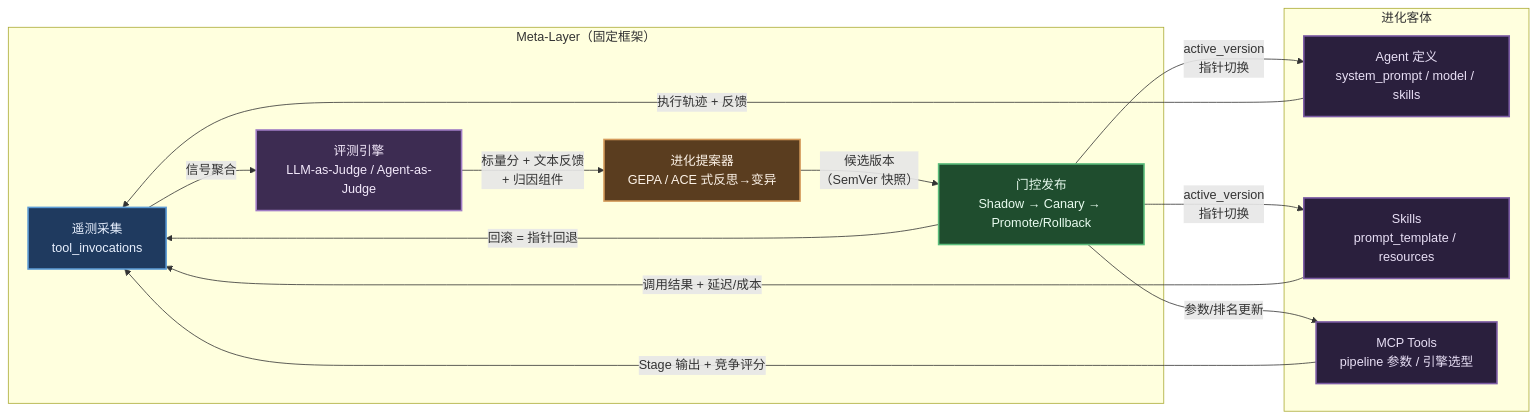
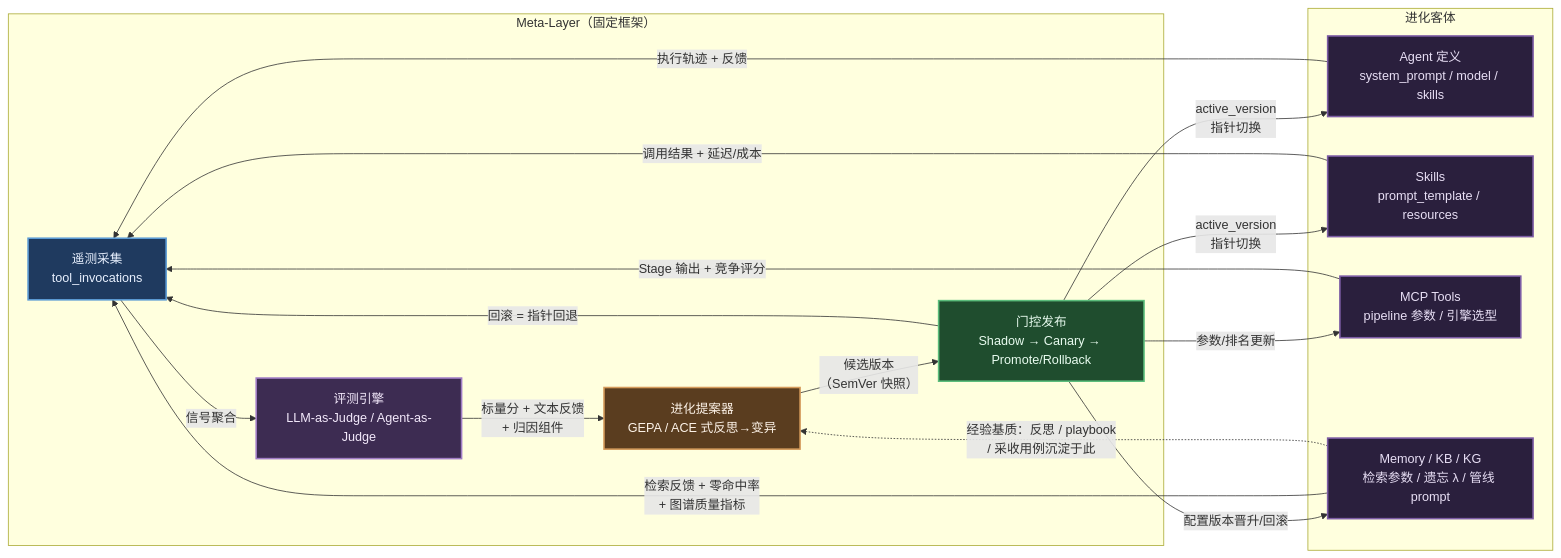
Before and after one commit to ThreeFish-AI/negentropy: the first of 2 diagrams in docs/research/130-self-evolving-agents-team.md, drawn with Mermaid. The commit also changed other lines of this file and 2 other files, not shown here.

First line of the commit message:
docs(SelfEvolving): 调研与方案增补 Memory/KB/KG 自进化设计——基质/客体双角色与分轨回路;

````diff
--- a/docs/research/130-self-evolving-agents-team.md
+++ b/docs/research/130-self-evolving-agents-team.md
@@ -37,34 +42,39 @@
 ```mermaid
 flowchart LR
     subgraph "Meta-Layer（固定框架）"
         T["遥测采集<br/>tool_invocations"]
         E["评测引擎<br/>LLM-as-Judge / Agent-as-Judge"]
         P["进化提案器<br/>GEPA / ACE 式反思→变异"]
         G["门控发布<br/>Shadow → Canary → Promote/Rollback"]
     end
 
     subgraph "进化客体"
         A["Agent 定义<br/>system_prompt / model / skills"]
         S["Skills<br/>prompt_template / resources"]
         M["MCP Tools<br/>pipeline 参数 / 引擎选型"]
+        K["Memory / KB / KG<br/>检索参数 / 遗忘 λ / 管线 prompt"]
     end
 
     A -->|"执行轨迹 + 反馈"| T
     S -->|"调用结果 + 延迟/成本"| T
     M -->|"Stage 输出 + 竞争评分"| T
+    K -->|"检索反馈 + 零命中率<br/>+ 图谱质量指标"| T
+    K -.->|"经验基质：反思 / playbook<br/>/ 采收用例沉淀于此"| P
     T -->|"信号聚合"| E
     E -->|"标量分 + 文本反馈<br/>+ 归因组件"| P
     P -->|"候选版本<br/>（SemVer 快照）"| G
     G -->|"active_version<br/>指针切换"| A
     G -->|"active_version<br/>指针切换"| S
     G -->|"参数/排名更新"| M
+    G -->|"配置版本晋升/回滚"| K
     G -->|"回滚 = 指针回退"| T
 
     style T fill:#1f3a5f,stroke:#5b9bd5,stroke-width:2px,color:#e8f0fe
     style E fill:#3d2c52,stroke:#a07cc5,stroke-width:2px,color:#f3e9fb
     style P fill:#5a3d1f,stroke:#d59b5b,stroke-width:2px,color:#fdf3e8
     style G fill:#1f4d2e,stroke:#5bbd7c,stroke-width:2px,color:#e8fbef
     style A fill:#2a1f3d,stroke:#7c5ca5,stroke-width:2px,color:#e8dff5
     style S fill:#2a1f3d,stroke:#7c5ca5,stroke-width:2px,color:#e8dff5
     style M fill:#2a1f3d,stroke:#7c5ca5,stroke-width:2px,color:#e8dff5
+    style K fill:#2a1f3d,stroke:#7c5ca5,stroke-width:2px,color:#e8dff5
 ```
````
